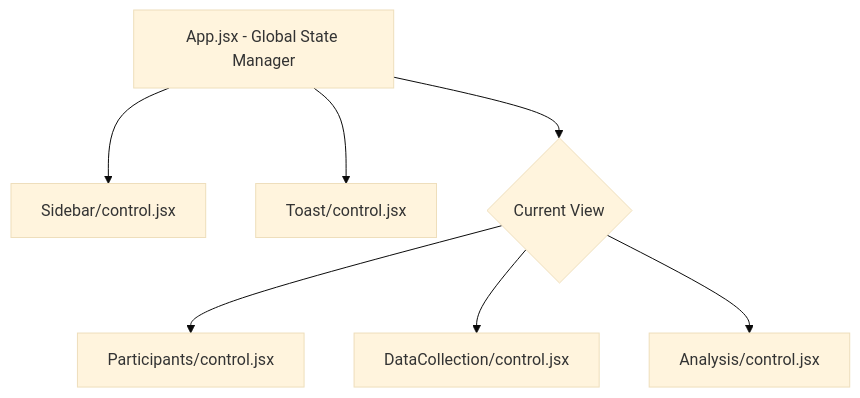
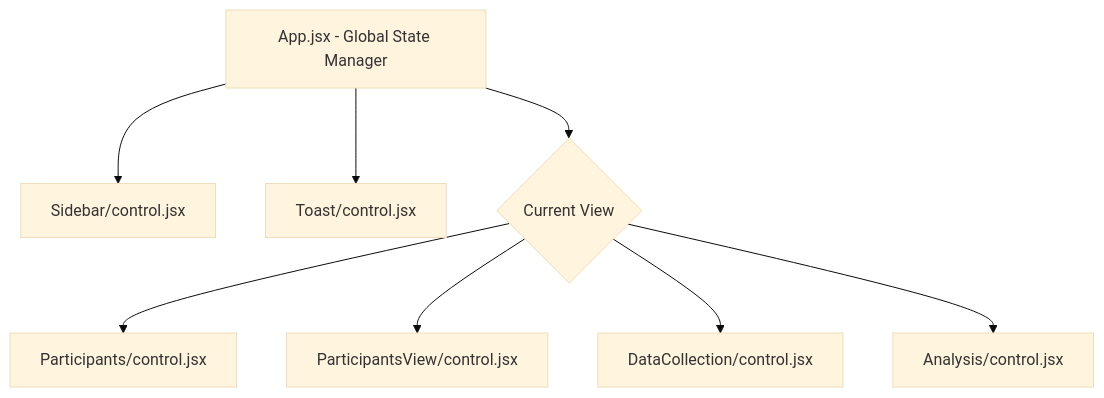
The diagram in react-prototype/architecture_walkthrough.md (adipeled1/Validata), drawn with Mermaid (base theme) before and after one commit. The commit also changed other lines of this file and 18 other files, not shown here.

Commit message:
updates for initial react components for inspiration- added ParticipantsView

````diff
--- a/react-prototype/architecture_walkthrough.md
+++ b/react-prototype/architecture_walkthrough.md
@@ -7,10 +7,11 @@
 ```mermaid
 graph TD
     App[App.jsx - Global State Manager]
     App --> Sidebar[Sidebar/control.jsx]
     App --> Toast[Toast/control.jsx]
     App --> Views{Current View}
     Views --> Participants[Participants/control.jsx]
+    Views --> ParticipantsView[ParticipantsView/control.jsx]
     Views --> DataCollection[DataCollection/control.jsx]
     Views --> Analysis[Analysis/control.jsx]
 ```
````
